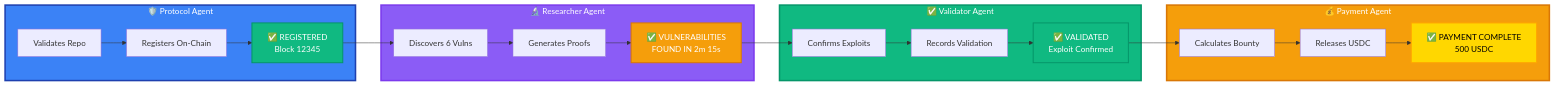
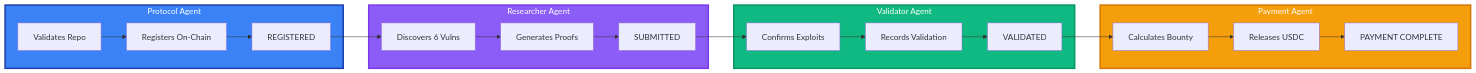
One commit to jul1angr1s/AI_Bug_Bountry_App changed the diagram in README.md. Above: the diagram before and after it, drawn with Mermaid. The commit also changed other lines of this file, not shown here.

````diff
--- a/README.md
+++ b/README.md
@@ -57,44 +70,39 @@
 ```mermaid
 graph LR
-    subgraph Protocol["🛡️ Protocol Agent"]
+    subgraph Protocol["Protocol Agent"]
         P1[Validates Repo]
         P2[Registers On-Chain]
-        P3[✅ REGISTERED<br/>Block 12345]
+        P3[REGISTERED]
     end
 
-    subgraph Researcher["🔬 Researcher Agent"]
+    subgraph Researcher["Researcher Agent"]
         R1[Discovers 6 Vulns]
         R2[Generates Proofs]
-        R3[✅ VULNERABILITIES<br/>FOUND IN 2m 15s]
+        R3[SUBMITTED]
     end
 
-    subgraph Validator["✅ Validator Agent"]
+    subgraph Validator["Validator Agent"]
         V1[Confirms Exploits]
         V2[Records Validation]
-        V3[✅ VALIDATED<br/>Exploit Confirmed]
+        V3[VALIDATED]
     end
 
-    subgraph Payment["💰 Payment Agent"]
+    subgraph Payment["Payment Agent"]
         PM1[Calculates Bounty]
         PM2[Releases USDC]
-        PM3[✅ PAYMENT COMPLETE<br/>500 USDC]
+        PM3[PAYMENT COMPLETE]
     end
 
     P1 --> P2 --> P3
     P3 --> R1
     R1 --> R2 --> R3
     R3 --> V1
     V1 --> V2 --> V3
     V3 --> PM1
     PM1 --> PM2 --> PM3
 
     style Protocol fill:#3B82F6,stroke:#1E40AF,stroke-width:3px,color:#fff
     style Researcher fill:#8B5CF6,stroke:#7C3AED,stroke-width:3px,color:#fff
     style Validator fill:#10B981,stroke:#059669,stroke-width:3px,color:#fff
     style Payment fill:#F59E0B,stroke:#D97706,stroke-width:3px,color:#fff
-
-    style P3 fill:#10B981,stroke:#059669,stroke-width:2px,color:#fff
-    style R3 fill:#F59E0B,stroke:#D97706,stroke-width:2px,color:#fff
-    style V3 fill:#10B981,stroke:#059669,stroke-width:2px,color:#fff
-    style PM3 fill:#FFD700,stroke:#FFA500,stroke-width:2px,color:#000
 ```
````
